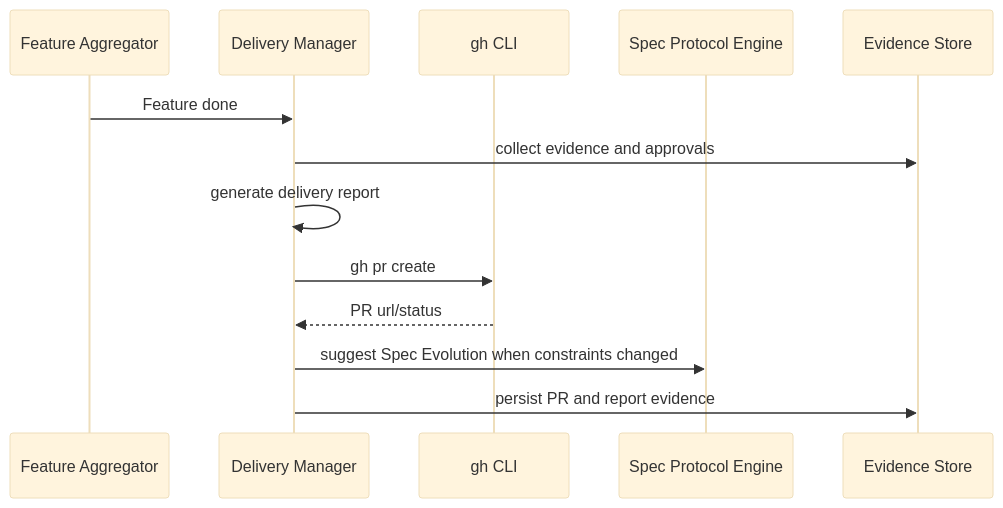
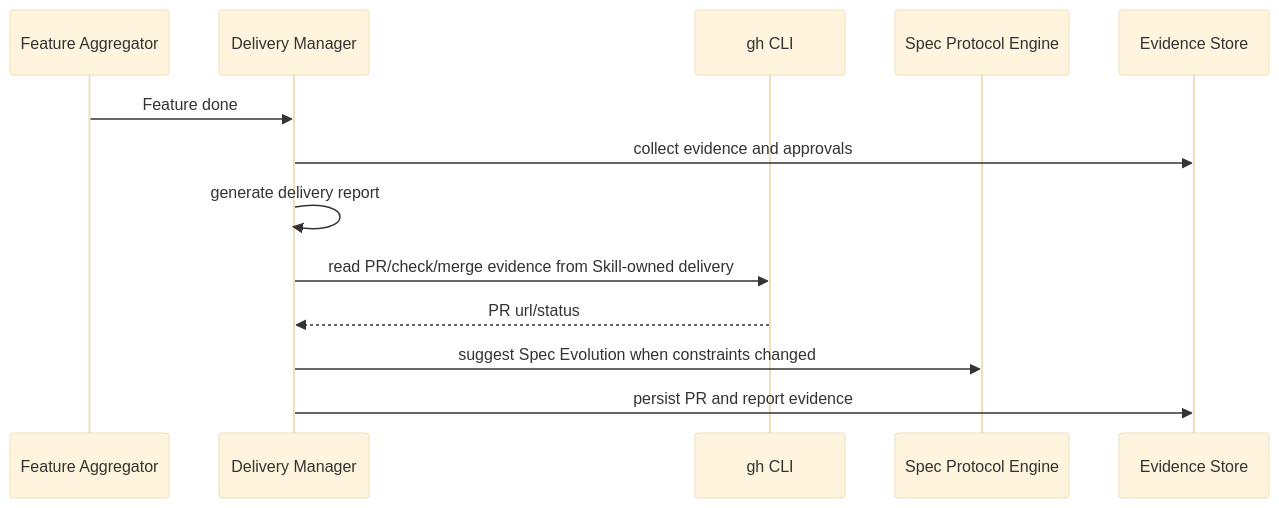
Before and after one commit to songcojp/agentic-spec-driven-auto-build: diagram 11 of 13 in docs/zh-CN/design.md, drawn with Mermaid (base theme). The commit also changed other lines of this file and 33 other files, not shown here.

Commit message:
feat(spec): require skill-owned git delivery

````diff
--- a/docs/zh-CN/design.md
+++ b/docs/zh-CN/design.md
@@ -1336,16 +1336,16 @@
 ```mermaid
 sequenceDiagram
   participant FA as Feature Aggregator
   participant D as Delivery Manager
   participant G as gh CLI
   participant S as Spec Protocol Engine
   participant E as Evidence Store
 
   FA->>D: Feature done
   D->>E: collect evidence and approvals
   D->>D: generate delivery report
-  D->>G: gh pr create
+  D->>G: read PR/check/merge evidence from Skill-owned delivery
   G-->>D: PR url/status
   D->>S: suggest Spec Evolution when constraints changed
   D->>E: persist PR and report evidence
 ```
````
